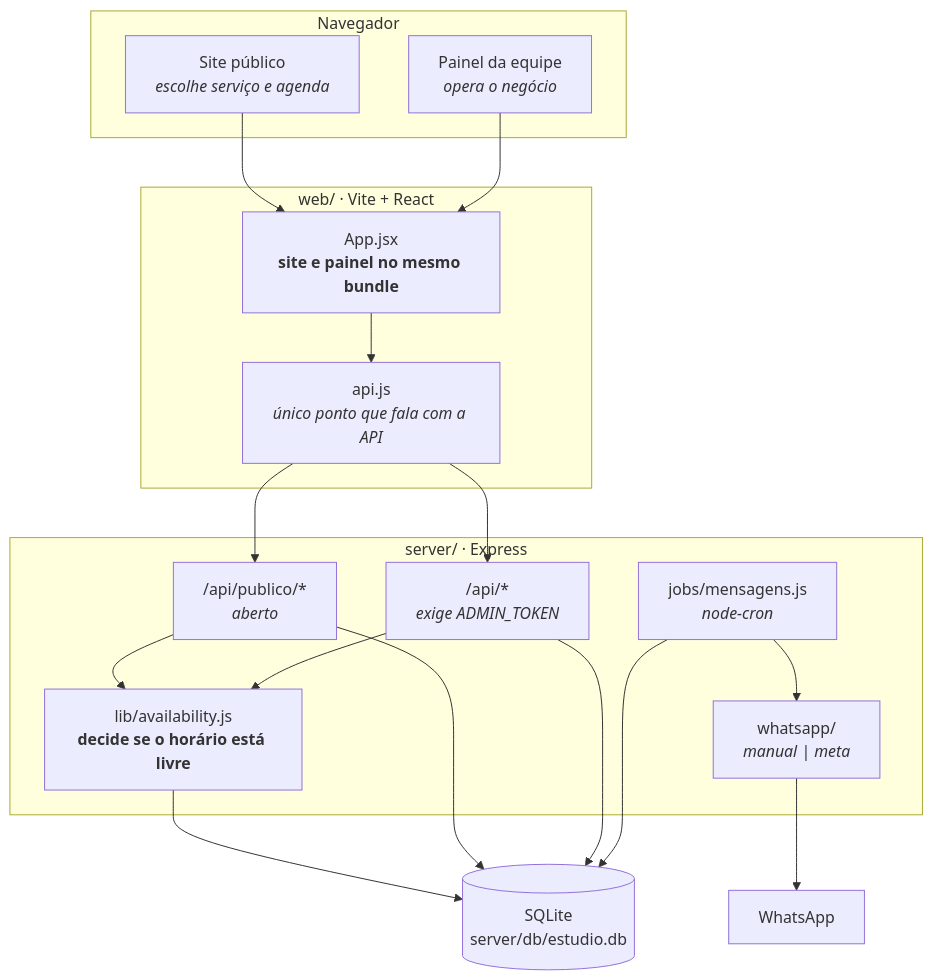
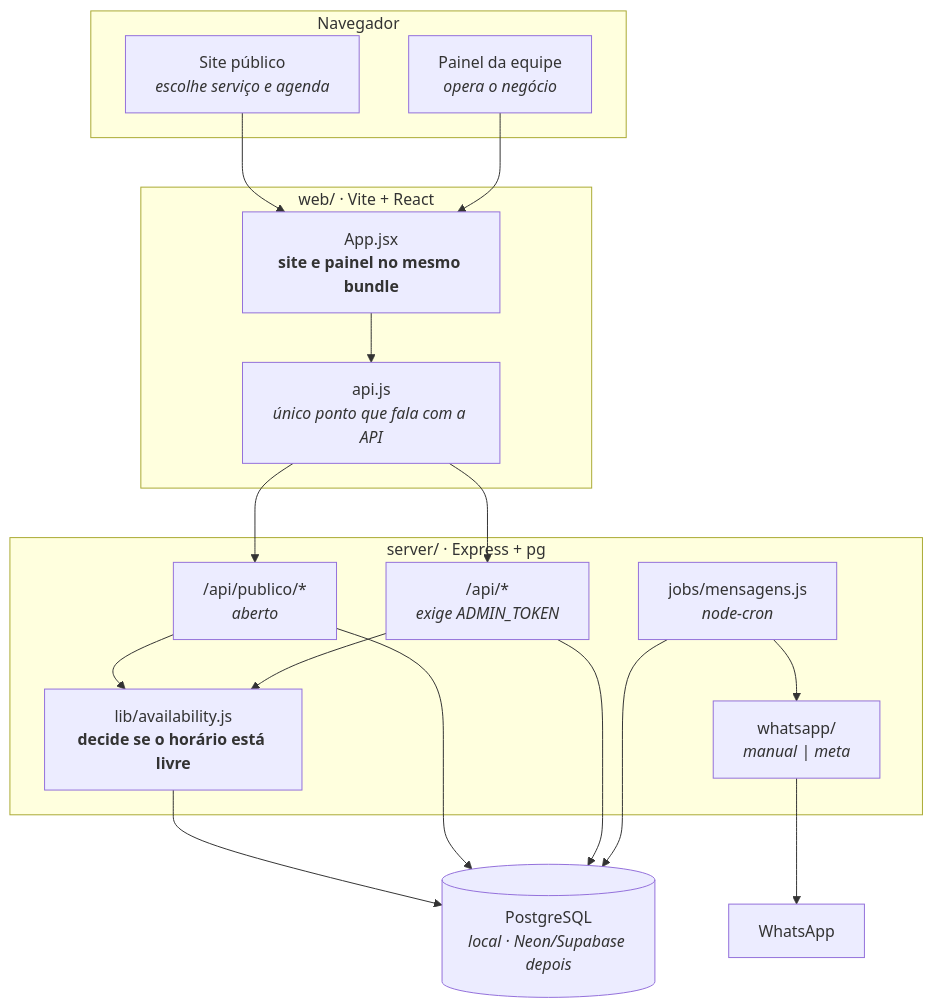
Before and after one commit to victortalvarenga-arch/Vital: the first of 2 diagrams in ARQUITETURA.md, drawn with Mermaid. The commit also changed other lines of this file and 24 other files, not shown here.

First line of the commit message:
Bloco 1: troca o motor de SQLite para PostgreSQL

````diff
--- a/ARQUITETURA.md
+++ b/ARQUITETURA.md
@@ -8,37 +8,37 @@
 ```mermaid
 flowchart TB
     subgraph nav["Navegador"]
         site["Site público<br><i>escolhe serviço e agenda</i>"]
         painel["Painel da equipe<br><i>opera o negócio</i>"]
     end
 
     subgraph front["web/ · Vite + React"]
         app["App.jsx<br><b>site e painel no mesmo bundle</b>"]
         api["api.js<br><i>único ponto que fala com a API</i>"]
     end
 
-    subgraph back["server/ · Express"]
+    subgraph back["server/ · Express + pg"]
         publico["/api/publico/*<br><i>aberto</i>"]
         privado["/api/*<br><i>exige ADMIN_TOKEN</i>"]
         motor["lib/availability.js<br><b>decide se o horário está livre</b>"]
         fila["jobs/mensagens.js<br><i>node-cron</i>"]
         prov["whatsapp/<br><i>manual | meta</i>"]
     end
 
-    db[("SQLite<br>server/db/estudio.db")]
+    db[("PostgreSQL<br><i>local · Neon/Supabase depois</i>")]
     wa["WhatsApp"]
 
     site --> app
     painel --> app
     app --> api
     api --> publico
     api --> privado
     publico --> motor
     privado --> motor
     motor --> db
     publico --> db
     privado --> db
     fila --> db
     fila --> prov
     prov --> wa
 ```
````
